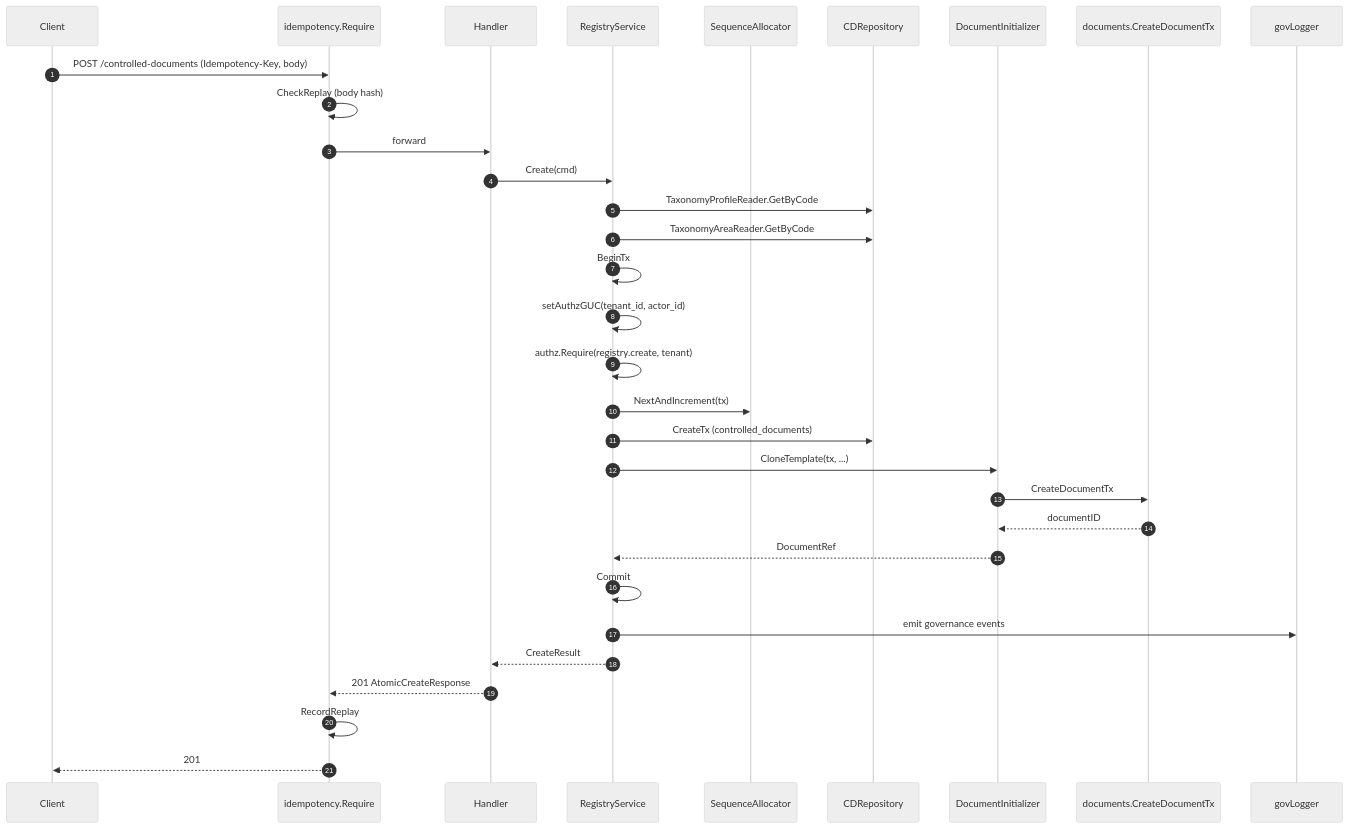
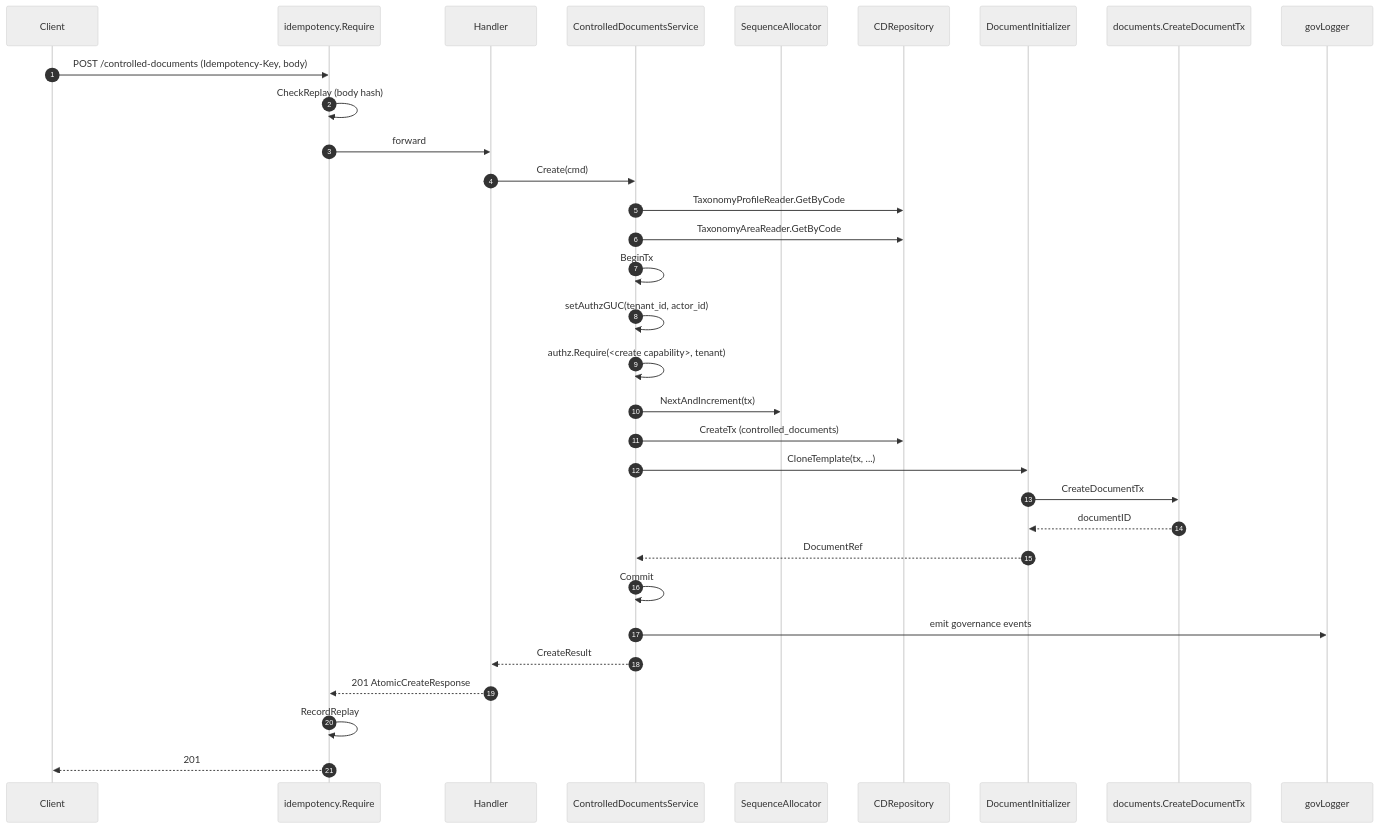
The third of 5 diagrams in wiki/modules/controlled-documents.md (developmentconexus-ops/MetalDocs), drawn with Mermaid (neutral theme) before and after one commit. The commit also changed other lines of this file and 38 other files, not shown here.

First line of the commit message:
docs(wiki+skills): sync registry→controlled-documents rename and canonical-publish-hardening contract truth

````diff
--- a/wiki/modules/controlled-documents.md
+++ b/wiki/modules/controlled-documents.md
@@ -200,34 +200,34 @@
 ```mermaid
 sequenceDiagram
     autonumber
     participant C as Client
     participant Idem as idempotency.Require
     participant H as Handler
-    participant S as RegistryService
+    participant S as ControlledDocumentsService
     participant Seq as SequenceAllocator
     participant Repo as CDRepository
     participant Init as DocumentInitializer
     participant DocRepo as documents.CreateDocumentTx
     participant Log as govLogger
     C->>Idem: POST /controlled-documents (Idempotency-Key, body)
     Idem->>Idem: CheckReplay (body hash)
     Idem->>H: forward
     H->>S: Create(cmd)
     S->>Repo: TaxonomyProfileReader.GetByCode
     S->>Repo: TaxonomyAreaReader.GetByCode
     S->>S: BeginTx
     S->>S: setAuthzGUC(tenant_id, actor_id)
-    S->>S: authz.Require(registry.create, tenant)
+    S->>S: authz.Require(<create capability>, tenant)
     S->>Seq: NextAndIncrement(tx)
     S->>Repo: CreateTx (controlled_documents)
     S->>Init: CloneTemplate(tx, ...)
     Init->>DocRepo: CreateDocumentTx
     DocRepo-->>Init: documentID
     Init-->>S: DocumentRef
     S->>S: Commit
     S->>Log: emit governance events
     S-->>H: CreateResult
     H-->>Idem: 201 AtomicCreateResponse
     Idem->>Idem: RecordReplay
     Idem-->>C: 201
 ```
````
